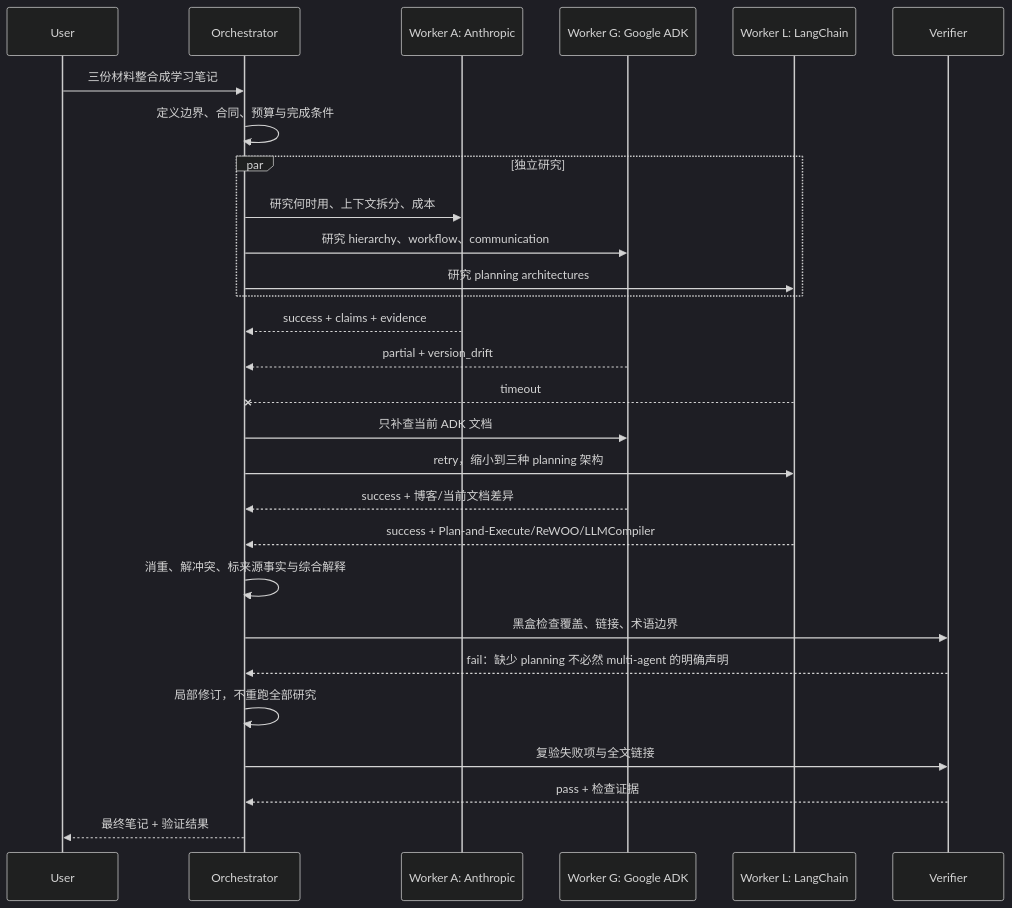
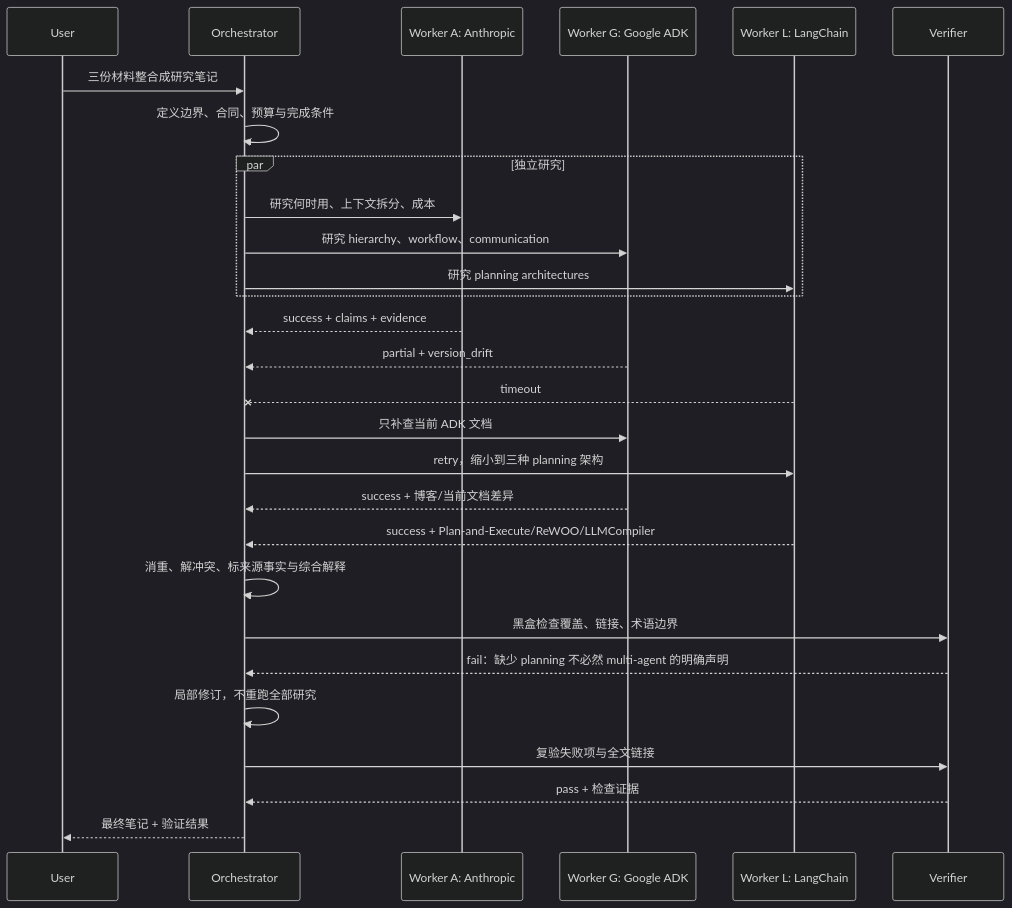
Before and after one commit to caiboyang/ML-learning: the third of 4 diagrams in multi-agent-systems/Multi_Agent_Systems_Research.md, drawn with Mermaid (dark theme). The commit also changed other lines of this file and 2 other files, not shown here.

````diff
--- a/multi-agent-systems/Multi_Agent_Systems_Research.md
+++ b/multi-agent-systems/Multi_Agent_Systems_Research.md
@@ -466,31 +544,31 @@
 ```mermaid
 sequenceDiagram
     participant U as User
     participant O as Orchestrator
     participant A as Worker A: Anthropic
     participant G as Worker G: Google ADK
     participant L as Worker L: LangChain
     participant V as Verifier
 
-    U->>O: 三份材料整合成学习笔记
+    U->>O: 三份材料整合成研究笔记
     O->>O: 定义边界、合同、预算与完成条件
     par 独立研究
         O->>A: 研究何时用、上下文拆分、成本
         O->>G: 研究 hierarchy、workflow、communication
         O->>L: 研究 planning architectures
     end
     A-->>O: success + claims + evidence
     G-->>O: partial + version_drift
     L--xO: timeout
     O->>G: 只补查当前 ADK 文档
     O->>L: retry，缩小到三种 planning 架构
     G-->>O: success + 博客/当前文档差异
     L-->>O: success + Plan-and-Execute/ReWOO/LLMCompiler
     O->>O: 消重、解冲突、标来源事实与综合解释
     O->>V: 黑盒检查覆盖、链接、术语边界
     V-->>O: fail：缺少 planning 不必然 multi-agent 的明确声明
     O->>O: 局部修订，不重跑全部研究
     O->>V: 复验失败项与全文链接
     V-->>O: pass + 检查证据
     O-->>U: 最终笔记 + 验证结果
 ```
````
